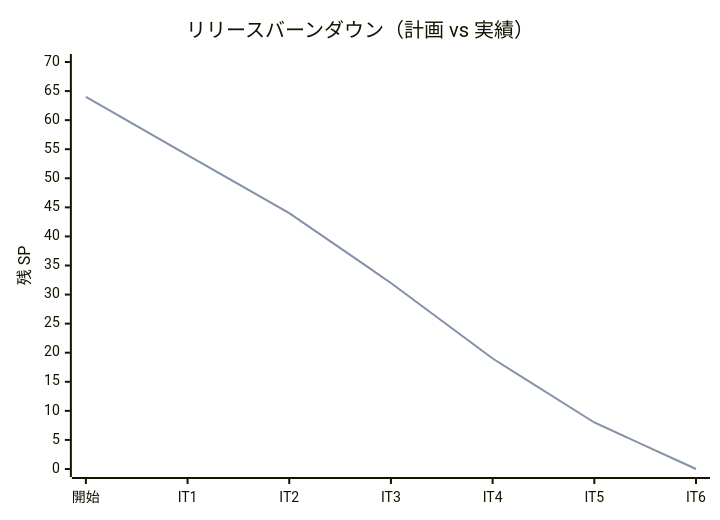
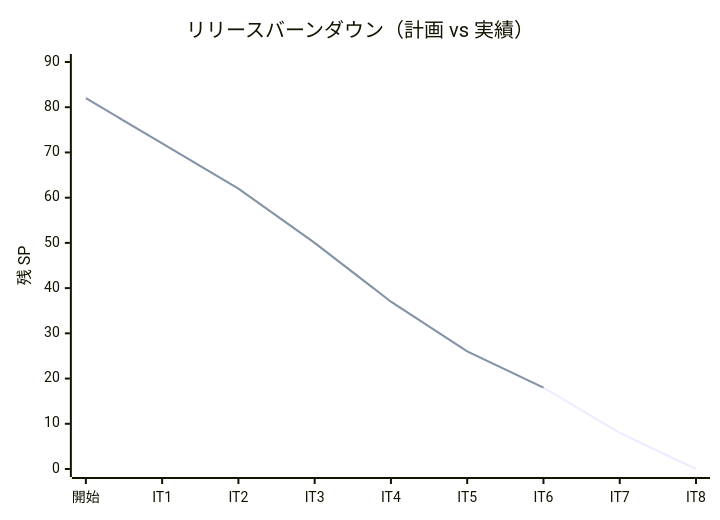
Before and after one commit to k2works/case-study-cargo-tracker: the third of 3 diagrams in docs/development/release_plan.md, drawn with Mermaid. The commit also changed other lines of this file and 3 other files, not shown here.

````diff
--- a/docs/development/release_plan.md
+++ b/docs/development/release_plan.md
@@ -388,8 +457,8 @@
 ```mermaid
 xychart-beta
     title "リリースバーンダウン（計画 vs 実績）"
-    x-axis ["開始", "IT1", "IT2", "IT3", "IT4", "IT5", "IT6"]
-    y-axis "残 SP" 0 --> 70
-    line "計画" [64, 54, 44, 32, 19, 8, 0]
-    line "実績" [64, 54, 44, 32, 19, 8, 0]
+    x-axis ["開始", "IT1", "IT2", "IT3", "IT4", "IT5", "IT6", "IT7", "IT8"]
+    y-axis "残 SP" 0 --> 90
+    line "計画" [82, 72, 62, 50, 37, 26, 18, 8, 0]
+    line "実績" [82, 72, 62, 50, 37, 26, 18]
 ```
````
